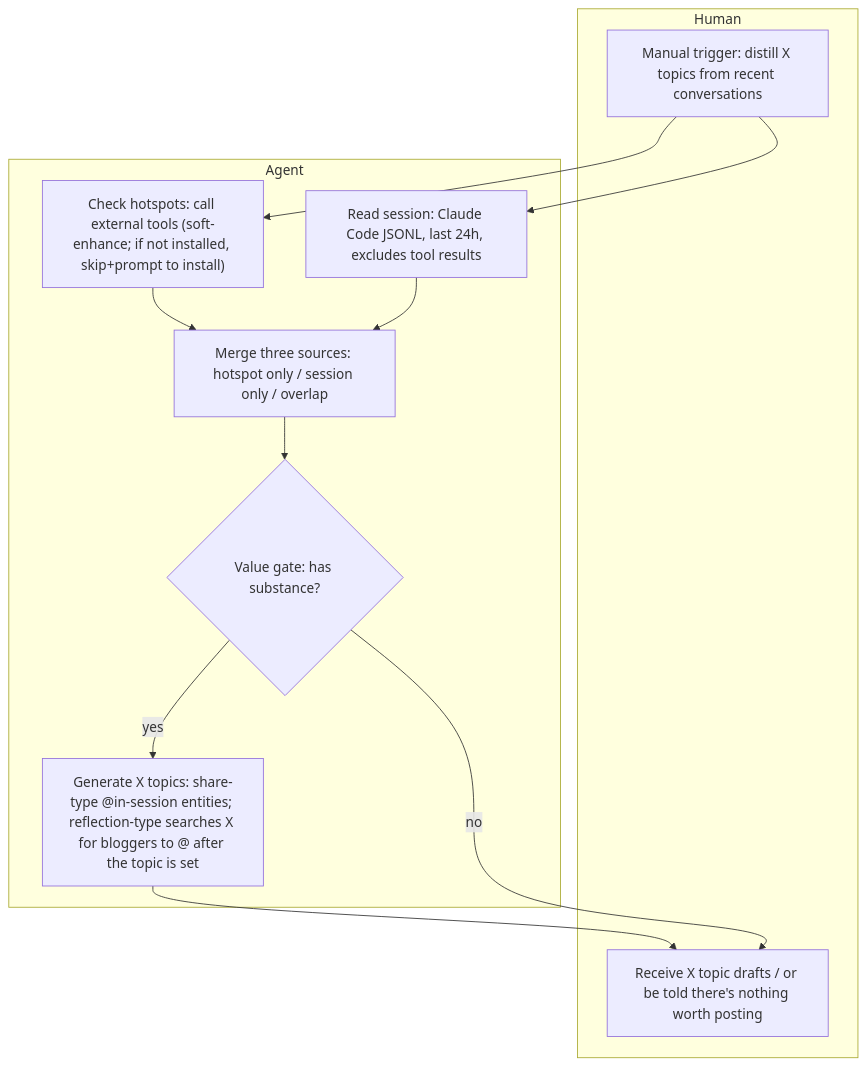
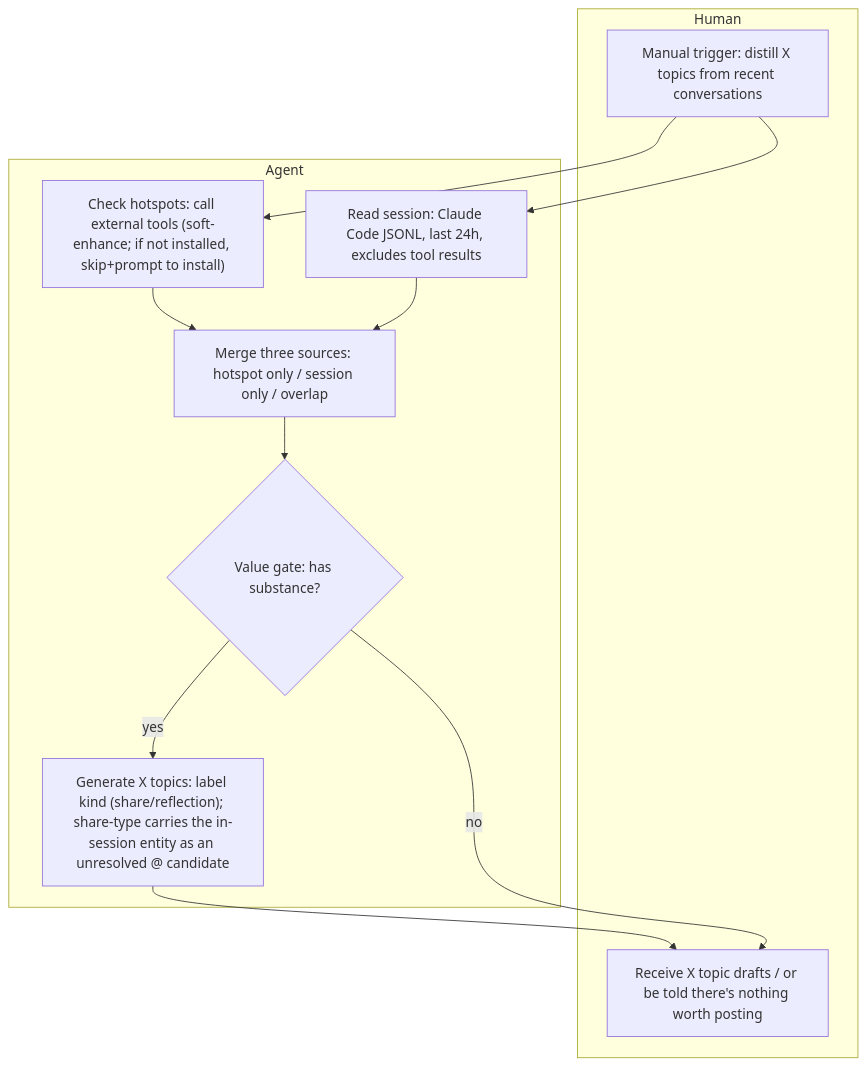
The first of 4 diagrams in docs/design-harness/output/0-system.md (tigerless-labs/auto-gtm), drawn with Mermaid before and after one commit. The commit also changed other lines of this file and 22 other files, not shown here.

````diff
--- a/docs/design-harness/output/0-system.md
+++ b/docs/design-harness/output/0-system.md
@@ -7,25 +9,25 @@
 ```mermaid
 flowchart TD
   subgraph Human
     T["Manual trigger: distill X topics from recent conversations"]
     R["Receive X topic drafts / or be told there's nothing worth posting"]
   end
   subgraph Agent
     H["Check hotspots: call external tools (soft-enhance; if not installed, skip+prompt to install)"]
     S["Read session: Claude Code JSONL, last 24h, excludes tool results"]
     M["Merge three sources: hotspot only / session only / overlap"]
     G{"Value gate: has substance?"}
-    TG["Generate X topics: share-type @in-session entities; reflection-type searches X for bloggers to @ after the topic is set"]
+    TG["Generate X topics: label kind (share/reflection); share-type carries the in-session entity as an unresolved @ candidate"]
   end
   T --> H
   T --> S
   H --> M
   S --> M
   M --> G
   G -- yes --> TG --> R
   G -- no --> R
   click H "modules/hotspot-fetcher.md"
   click S "modules/session-reader.md"
   click M "modules/distiller.md"
   click TG "modules/topic-generator.md"
 ```
````
